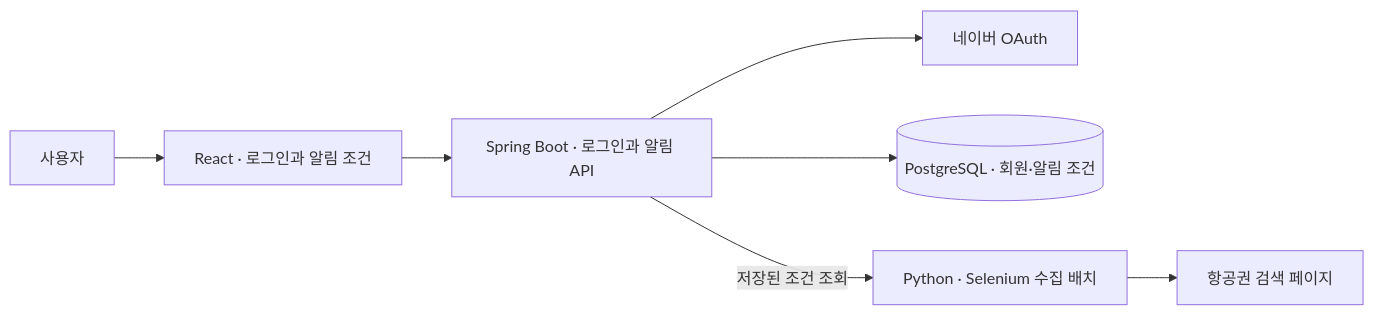
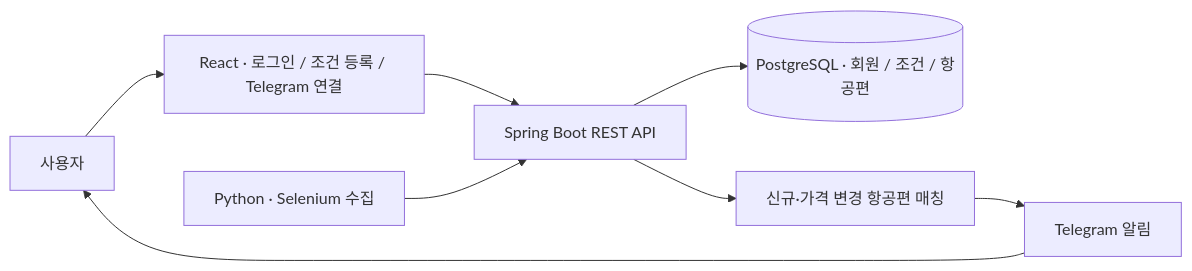
Before and after one commit to withoutsultang/FlightMore: the diagram in README.md, drawn with Mermaid. The commit also changed other lines of this file, not shown here.

````diff
--- a/README.md
+++ b/README.md
@@ -77,9 +23,10 @@
 ```mermaid
 flowchart LR
-    U["사용자"] --> UI["React · 로그인과 알림 조건"]
-    UI --> API["Spring Boot · 로그인과 알림 API"]
-    API --> N["네이버 OAuth"]
-    API --> DB[("PostgreSQL · 회원·알림 조건")]
-    API -->|저장된 조건 조회| C["Python · Selenium 수집 배치"]
-    C --> S["항공권 검색 페이지"]
+    U["사용자"] --> UI["React · 로그인 / 조건 등록 / Telegram 연결"]
+    UI --> API["Spring Boot REST API"]
+    API --> DB[("PostgreSQL · 회원 / 조건 / 항공편")]
+    C["Python · Selenium 수집"] --> API
+    API --> M["신규·가격 변경 항공편 매칭"]
+    M --> T["Telegram 알림"]
+    T --> U
 ```
````
